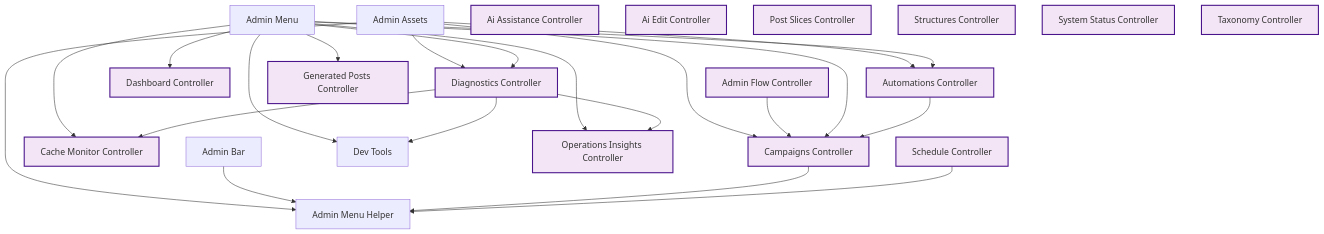
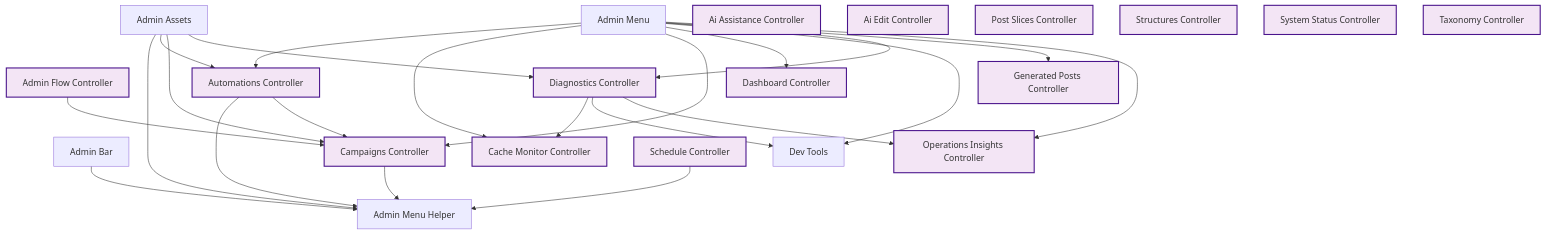
Diagram 13 of 19 in docs/feature-report.md (rpnunez/wp-ai-scheduler), drawn with Mermaid before and after one commit. The commit also changed other lines of this file and 1 other file, not shown here.

````diff
--- a/docs/feature-report.md
+++ b/docs/feature-report.md
@@ -713,51 +713,52 @@
 ```mermaid
 flowchart TD
     %% User Interface & Admin Architecture
 
     Admin_Assets["Admin Assets"]
     Admin_Bar["Admin Bar"]
     Admin_Flow_Controller["Admin Flow Controller"]
     Admin_Menu_Helper["Admin Menu Helper"]
     Admin_Menu["Admin Menu"]
     AI_Assistance_Controller["Ai Assistance Controller"]
     AI_Edit_Controller["Ai Edit Controller"]
     Automations_Controller["Automations Controller"]
     Cache_Monitor_Controller["Cache Monitor Controller"]
     Campaigns_Controller["Campaigns Controller"]
     Dashboard_Controller["Dashboard Controller"]
     Dev_Tools["Dev Tools"]
     Diagnostics_Controller["Diagnostics Controller"]
     Generated_Posts_Controller["Generated Posts Controller"]
     Operations_Insights_Controller["Operations Insights Controller"]
     Post_Slices_Controller["Post Slices Controller"]
     Schedule_Controller["Schedule Controller"]
     Structures_Controller["Structures Controller"]
     System_Status_Controller["System Status Controller"]
     Taxonomy_Controller["Taxonomy Controller"]
 
     Admin_Assets --> Admin_Menu_Helper
     Admin_Assets --> Automations_Controller
     Admin_Assets --> Campaigns_Controller
     Admin_Assets --> Diagnostics_Controller
     Admin_Bar --> Admin_Menu_Helper
     Admin_Flow_Controller --> Campaigns_Controller
     Admin_Menu --> Automations_Controller
     Admin_Menu --> Cache_Monitor_Controller
     Admin_Menu --> Campaigns_Controller
     Admin_Menu --> Dashboard_Controller
     Admin_Menu --> Dev_Tools
     Admin_Menu --> Diagnostics_Controller
     Admin_Menu --> Generated_Posts_Controller
     Admin_Menu --> Operations_Insights_Controller
+    Automations_Controller --> Admin_Menu_Helper
     Automations_Controller --> Campaigns_Controller
     Campaigns_Controller --> Admin_Menu_Helper
     Diagnostics_Controller --> Cache_Monitor_Controller
     Diagnostics_Controller --> Dev_Tools
     Diagnostics_Controller --> Operations_Insights_Controller
     Schedule_Controller --> Admin_Menu_Helper
 
     classDef repository fill:#e1f5ff,stroke:#01579b,stroke-width:2px
     classDef service fill:#fff3e0,stroke:#e65100,stroke-width:2px
     classDef controller fill:#f3e5f5,stroke:#4a148c,stroke-width:2px
     class Admin_Flow_Controller,AI_Assistance_Controller,AI_Edit_Controller,Automations_Controller,Cache_Monitor_Controller,Campaigns_Controller,Dashboard_Controller,Diagnostics_Controller,Generated_Posts_Controller,Operations_Insights_Controller,Post_Slices_Controller,Schedule_Controller,Structures_Controller,System_Status_Controller,Taxonomy_Controller controller
 ```
````
